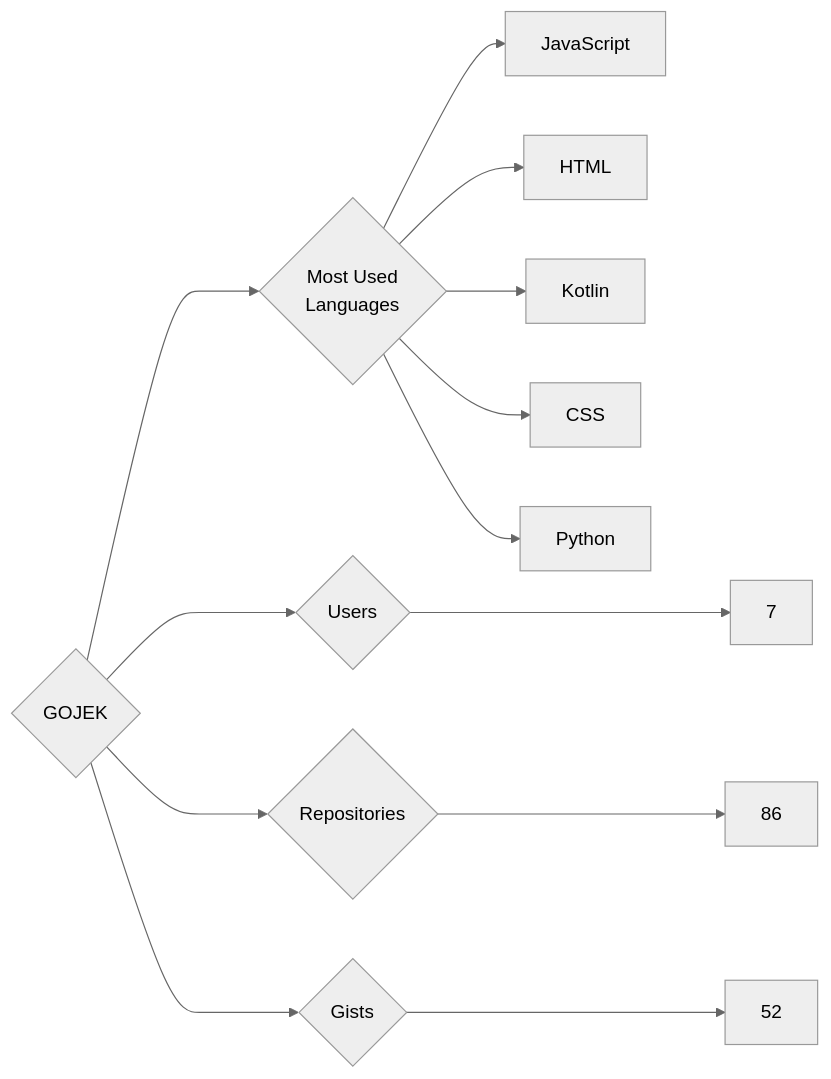
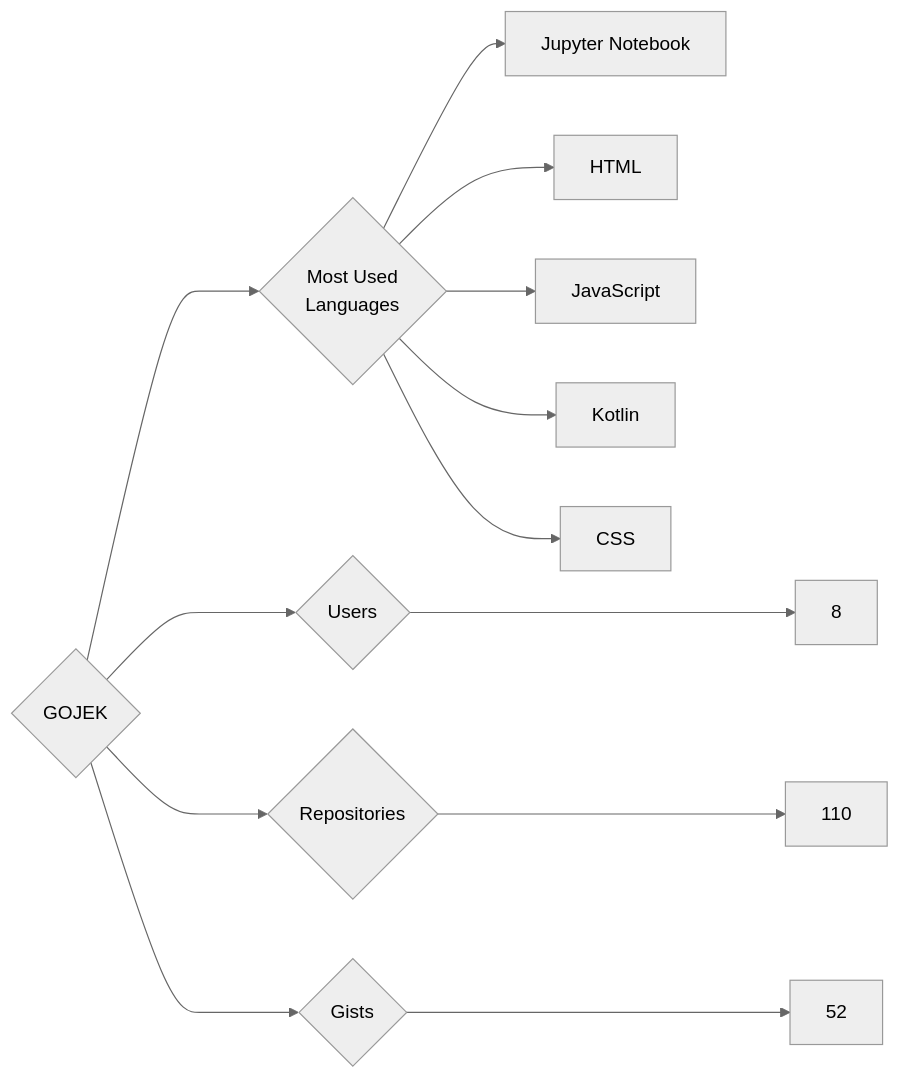
The diagram in targets/GOJEK/README.md (trickest/insiders), drawn with Mermaid (neutral theme) before and after one commit. The commit also changed 1092 other files, not shown here.

````diff
--- a/targets/GOJEK/README.md
+++ b/targets/GOJEK/README.md
@@ -3,13 +3,13 @@
 ```mermaid
 graph LR
 COMPANY_NAME{GOJEK}
-COMPANY_NAME ---> U{Users} ---> UN[7]
-COMPANY_NAME ---> R{Repositories} ---> RN[86]
+COMPANY_NAME ---> U{Users} ---> UN[8]
+COMPANY_NAME ---> R{Repositories} ---> RN[110]
 COMPANY_NAME ---> G{Gists} ---> GN[52]
 COMPANY_NAME ---> ML{Most Used<br>Languages}
+ML --> Jupyter_Notebook[Jupyter Notebook]
+ML --> HTML[HTML]
 ML --> JavaScript[JavaScript]
-ML --> HTML[HTML]
 ML --> Kotlin[Kotlin]
 ML --> CSS[CSS]
-ML --> Python[Python]
 ```
````
